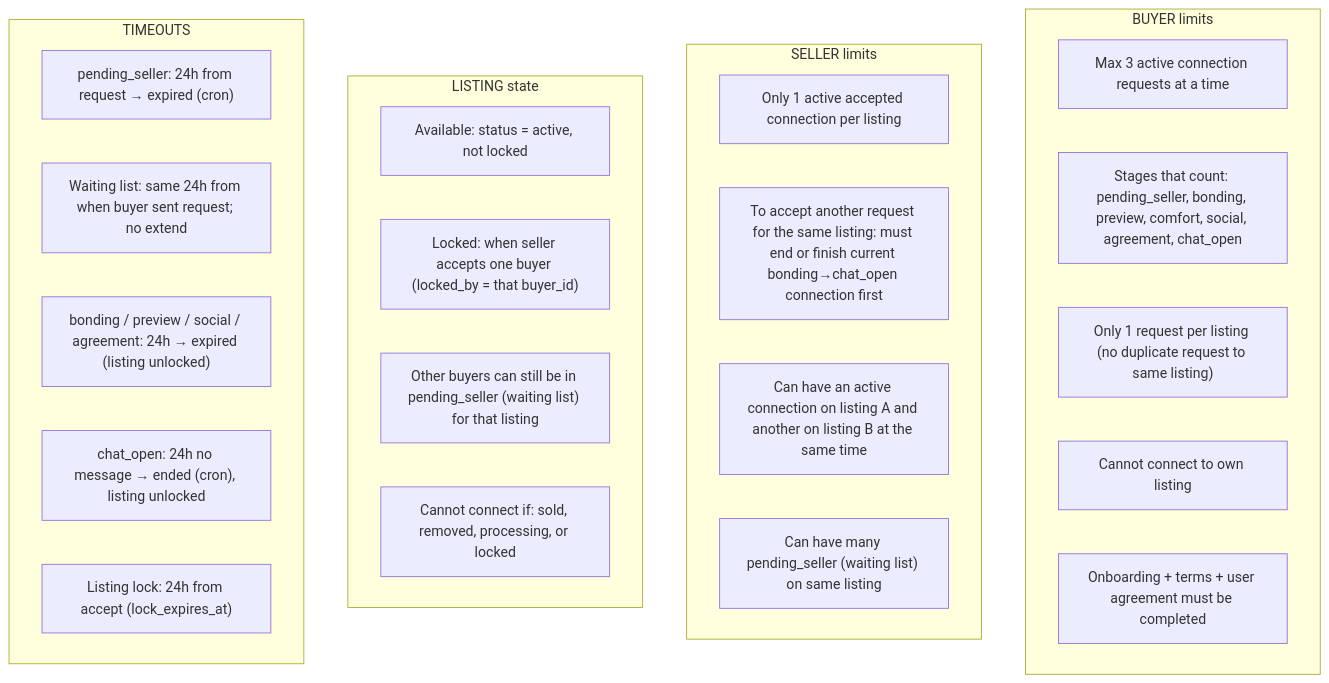
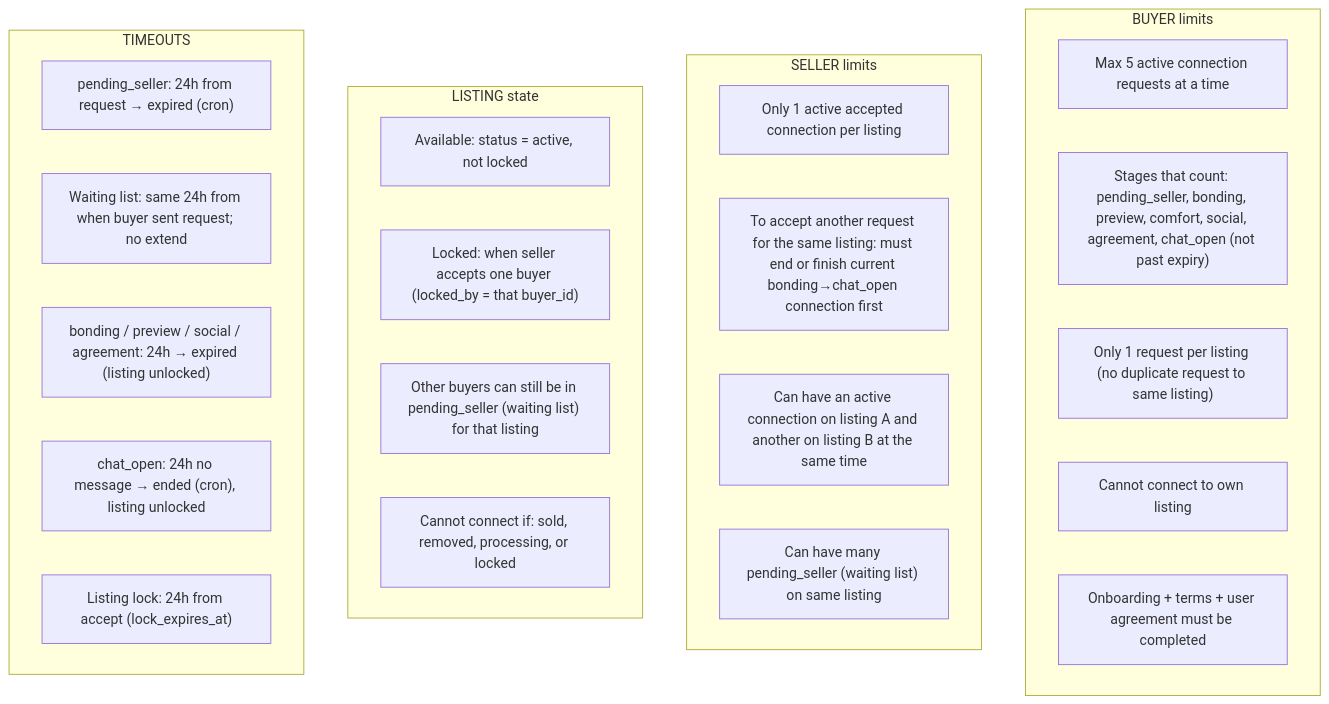
The third of 3 diagrams in docs/connections-flow.md (hajarachatibi/army-ticket-board), drawn with Mermaid before and after one commit. The commit also changed 9 other files, not shown here.

Commit message:
Version 9.44 new flow

````diff
--- a/docs/connections-flow.md
+++ b/docs/connections-flow.md
@@ -79,32 +79,32 @@
 ```mermaid
 flowchart TB
   subgraph buyer["BUYER limits"]
-    B1["Max 3 active connection requests at a time"]
-    B2["Stages that count: pending_seller, bonding, preview, comfort, social, agreement, chat_open"]
+    B1["Max 5 active connection requests at a time"]
+    B2["Stages that count: pending_seller, bonding, preview, comfort, social, agreement, chat_open (not past expiry)"]
     B3["Only 1 request per listing (no duplicate request to same listing)"]
     B4["Cannot connect to own listing"]
     B5["Onboarding + terms + user agreement must be completed"]
   end
 
   subgraph seller["SELLER limits"]
     S1["Only 1 active accepted connection per listing"]
     S2["To accept another request for the same listing: must end or finish current bonding→chat_open connection first"]
     S3["Can have an active connection on listing A and another on listing B at the same time"]
     S4["Can have many pending_seller (waiting list) on same listing"]
   end
 
   subgraph listing["LISTING state"]
     L1["Available: status = active, not locked"]
     L2["Locked: when seller accepts one buyer (locked_by = that buyer_id)"]
     L3["Other buyers can still be in pending_seller (waiting list) for that listing"]
     L4["Cannot connect if: sold, removed, processing, or locked"]
   end
 
   subgraph timeouts["TIMEOUTS"]
     T1["pending_seller: 24h from request → expired (cron)"]
     T2["Waiting list: same 24h from when buyer sent request; no extend"]
     T3["bonding / preview / social / agreement: 24h → expired (listing unlocked)"]
     T4["chat_open: 24h no message → ended (cron), listing unlocked"]
     T5["Listing lock: 24h from accept (lock_expires_at)"]
   end
 ```
````
